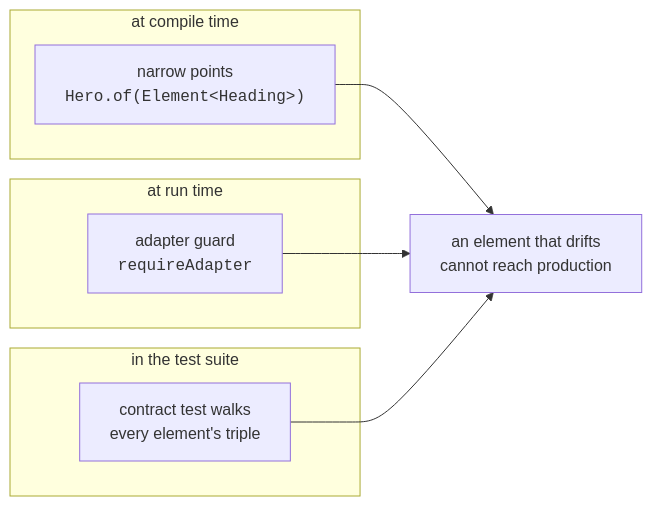
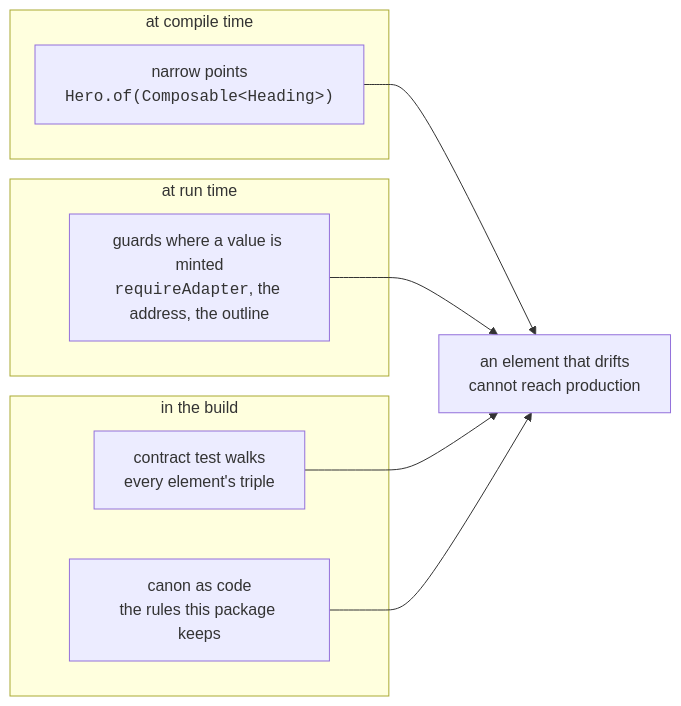
One commit to thymekit/thymekit changed the third of 4 diagrams in README.md. Above: the diagram before and after it, drawn with Mermaid. The commit also changed other lines of this file and 24 other files, not shown here.

````diff
--- a/README.md
+++ b/README.md
@@ -201,15 +200,17 @@
 ```mermaid
 flowchart LR
     subgraph compile ["at compile time"]
-        N["narrow points<br/><code>Hero.of(Element&lt;Heading&gt;)</code>"]
+        N["narrow points<br/><code>Hero.of(Composable&lt;Heading&gt;)</code>"]
     end
     subgraph run ["at run time"]
-        G["adapter guard<br/><code>requireAdapter</code>"]
+        G["guards where a value is minted<br/><code>requireAdapter</code>, the address, the outline"]
     end
-    subgraph test ["in the test suite"]
+    subgraph test ["in the build"]
         C["contract test walks<br/>every element's triple"]
+        K["canon as code<br/>the rules this package keeps"]
     end
     N --> R["an element that drifts<br/>cannot reach production"]
     G --> R
     C --> R
+    K --> R
 ```
````
